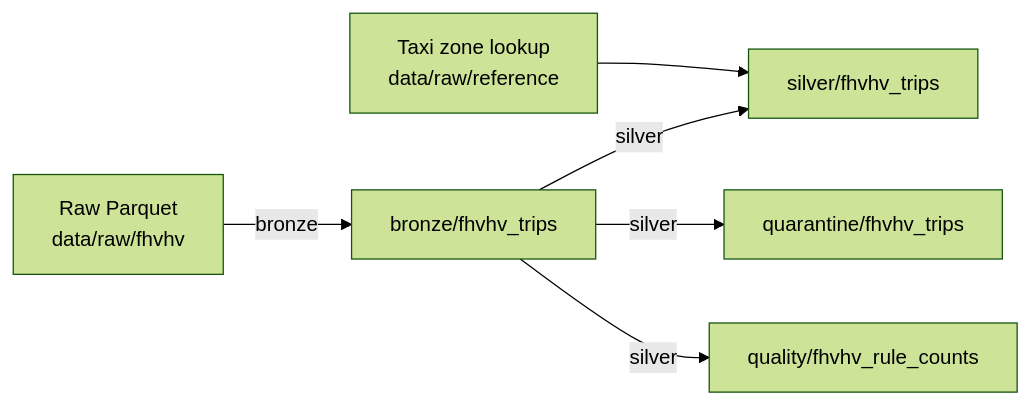
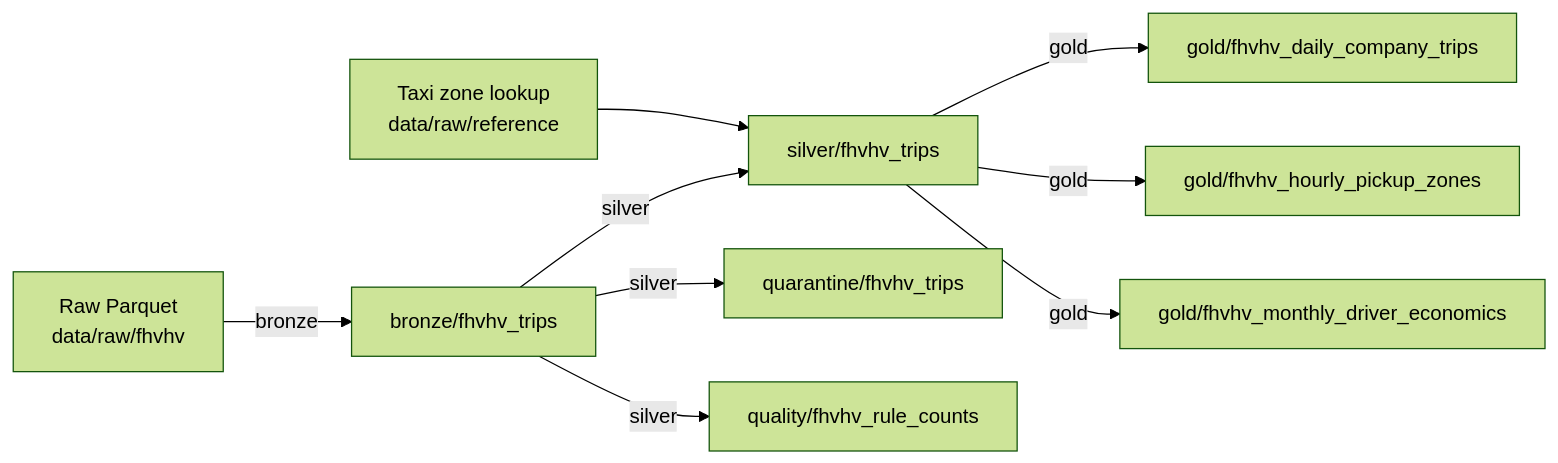
Before and after one commit to NafiulSaputra/mobility-lakehouse: the diagram in docs/data-model.md, drawn with Mermaid (forest theme). The commit also changed other lines of this file and 7 other files, not shown here.

First line of the commit message:
feat: add gold tables for trips, busy zones and driver economics

````diff
--- a/docs/data-model.md
+++ b/docs/data-model.md
@@ -7,8 +7,11 @@
 ```mermaid
 flowchart LR
     RAW["Raw Parquet<br/>data/raw/fhvhv"] -->|bronze| B["bronze/fhvhv_trips"]
     ZONES["Taxi zone lookup<br/>data/raw/reference"] --> S
     B -->|silver| S["silver/fhvhv_trips"]
     B -->|silver| Q["quarantine/fhvhv_trips"]
     B -->|silver| C["quality/fhvhv_rule_counts"]
+    S -->|gold| G1["gold/fhvhv_daily_company_trips"]
+    S -->|gold| G2["gold/fhvhv_hourly_pickup_zones"]
+    S -->|gold| G3["gold/fhvhv_monthly_driver_economics"]
 ```
````
